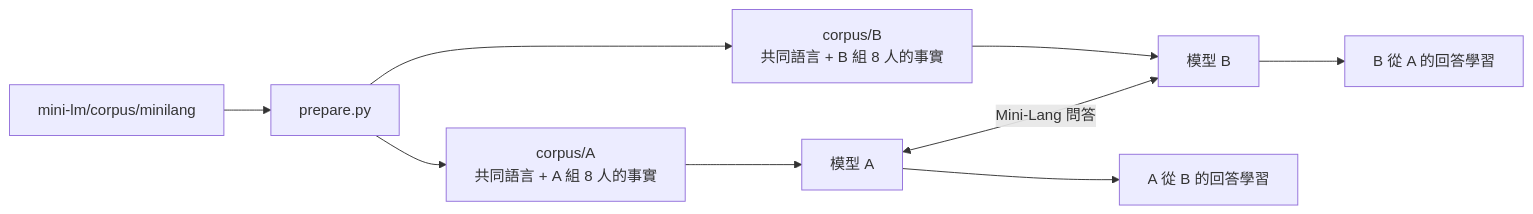
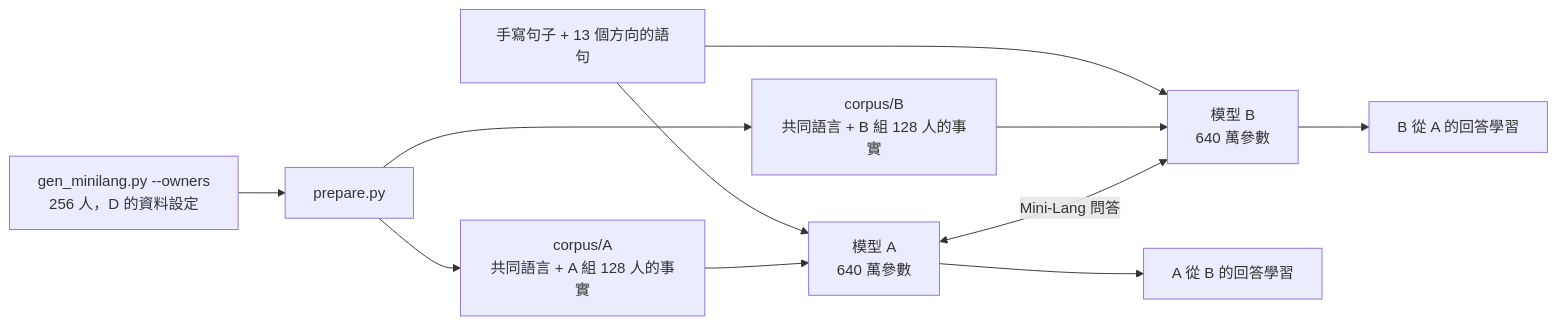
The diagram in mini-talk/talk.md (ccc-claude-opus/mini-lm), drawn with Mermaid before and after one commit. The commit also changed other lines of this file and 9 other files, not shown here.

````diff
--- a/mini-talk/talk.md
+++ b/mini-talk/talk.md
@@ -7,11 +9,12 @@
 ```mermaid
 flowchart LR
-  S[mini-lm/corpus/minilang] --> P[prepare.py]
-  P --> CA[corpus/A<br/>共同語言 + A 組 8 人的事實]
-  P --> CB[corpus/B<br/>共同語言 + B 組 8 人的事實]
-  CA --> MA[模型 A] 
-  CB --> MB[模型 B]
+  G[gen_minilang.py --owners<br/>256 人，D 的資料設定] --> P[prepare.py]
+  P --> CA[corpus/A<br/>共同語言 + A 組 128 人的事實]
+  P --> CB[corpus/B<br/>共同語言 + B 組 128 人的事實]
+  S[手寫句子 + 13 個方向的語句] --> MA & MB
+  CA --> MA[模型 A<br/>640 萬參數]
+  CB --> MB[模型 B<br/>640 萬參數]
   MA <-->|Mini-Lang 問答| MB
   MA --> LA[A 從 B 的回答學習]
   MB --> LB[B 從 A 的回答學習]
 ```
````
